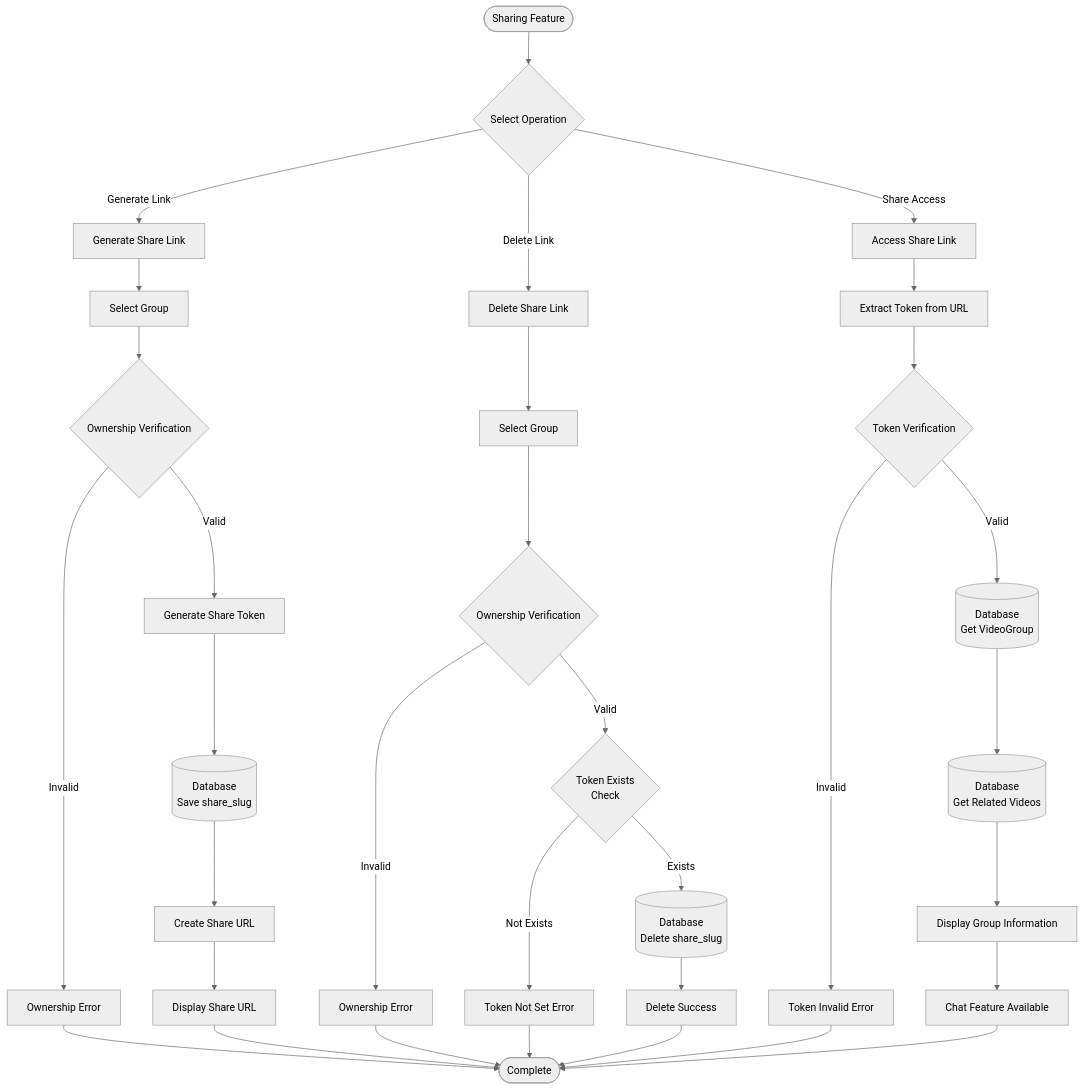
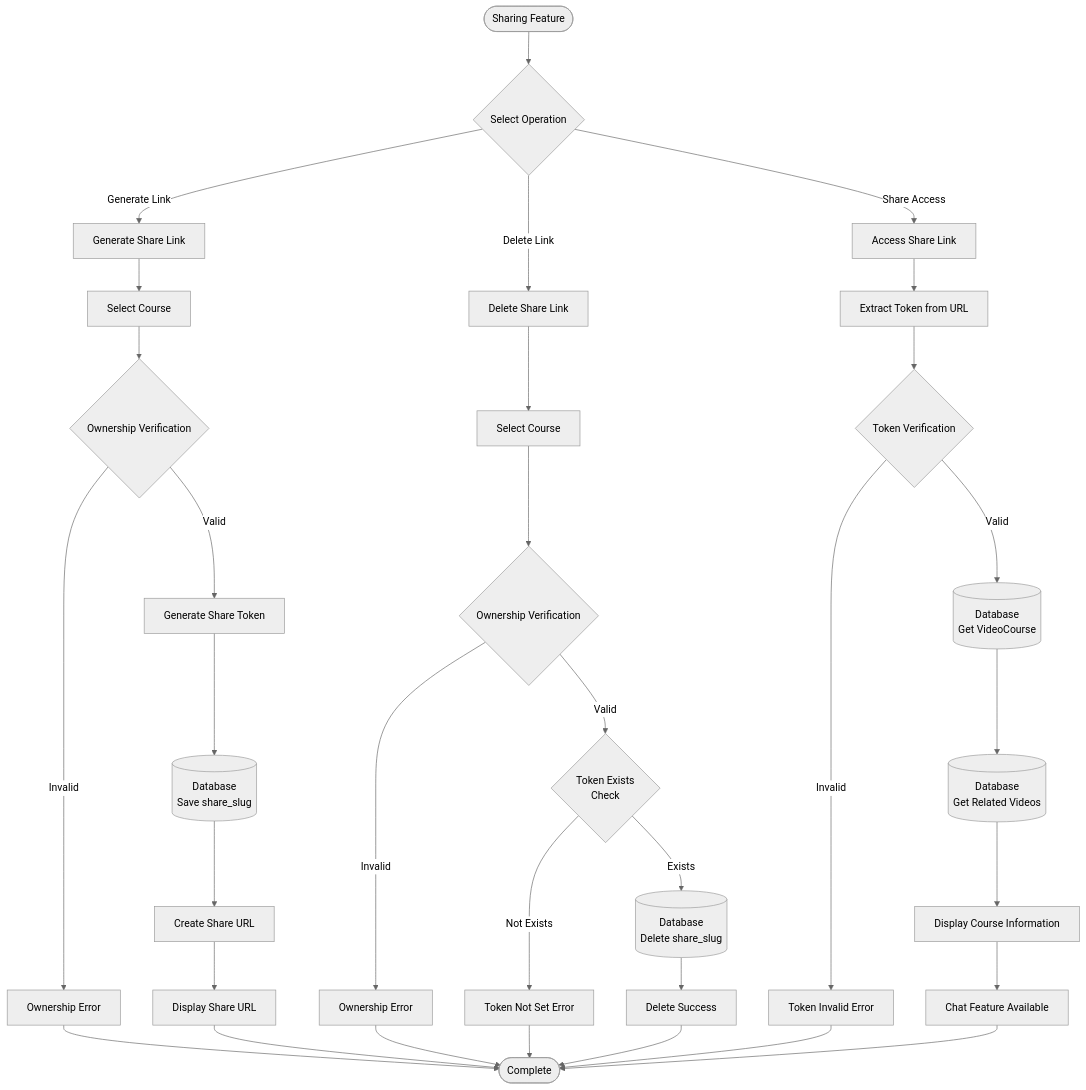
One commit to yukiharada1228/videoq changed the fifth of 11 diagrams in docs/architecture/flowchart.md. Above: the diagram before and after it, drawn with Mermaid (neutral theme). The commit also changed other lines of this file and 140 other files, not shown here.

````diff
--- a/docs/architecture/flowchart.md
+++ b/docs/architecture/flowchart.md
@@ -219,39 +219,39 @@
 ```mermaid
 flowchart TD
     Start([Sharing Feature]) --> Action{Select Operation}
     Action -->|Generate Link| Generate[Generate Share Link]
     Action -->|Delete Link| Delete[Delete Share Link]
     Action -->|Share Access| Access[Access Share Link]
     
-    Generate --> SelectGroup[Select Group]
+    Generate --> SelectGroup[Select Course]
     SelectGroup --> ValidateOwner{Ownership Verification}
     ValidateOwner -->|Invalid| ErrorOwner[Ownership Error]
     ValidateOwner -->|Valid| GenerateToken[Generate Share Token]
     GenerateToken --> SaveToken[(Database<br/>Save share_slug)]
     SaveToken --> CreateURL[Create Share URL]
     CreateURL --> DisplayURL[Display Share URL]
     DisplayURL --> End([Complete])
     
-    Delete --> SelectGroup2[Select Group]
+    Delete --> SelectGroup2[Select Course]
     SelectGroup2 --> ValidateOwner2{Ownership Verification}
     ValidateOwner2 -->|Invalid| ErrorOwner2[Ownership Error]
     ValidateOwner2 -->|Valid| CheckToken{"Token Exists<br>Check"}
     CheckToken -->|Not Exists| ErrorNoToken[Token Not Set Error]
     CheckToken -->|Exists| DeleteToken[(Database<br/>Delete share_slug)]
     DeleteToken --> SuccessDelete[Delete Success]
     SuccessDelete --> End
     
     Access --> ExtractToken[Extract Token from URL]
     ExtractToken --> ValidateToken{Token Verification}
     ValidateToken -->|Invalid| ErrorToken[Token Invalid Error]
-    ValidateToken -->|Valid| GetGroup[(Database<br/>Get VideoGroup)]
-    GetGroup --> GetVideos[(Database<br/>Get Related Videos)]
-    GetVideos --> DisplayGroup[Display Group Information]
+    ValidateToken -->|Valid| GetCourse[(Database<br/>Get VideoCourse)]
+    GetCourse --> GetVideos[(Database<br/>Get Related Videos)]
+    GetVideos --> DisplayGroup[Display Course Information]
     DisplayGroup --> AllowChat[Chat Feature Available]
     AllowChat --> End
     
     ErrorOwner --> End
     ErrorOwner2 --> End
     ErrorNoToken --> End
     ErrorToken --> End
 ```
````
